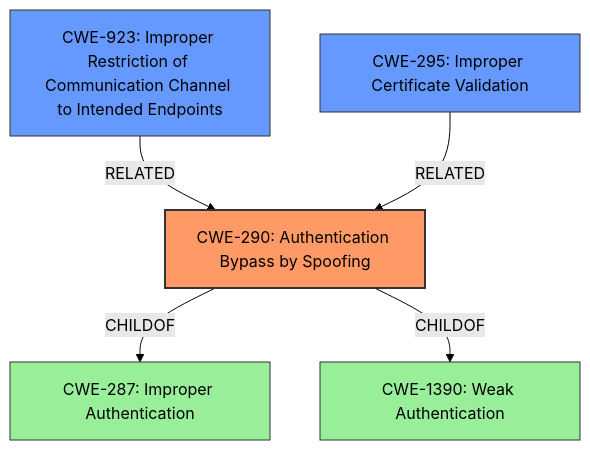
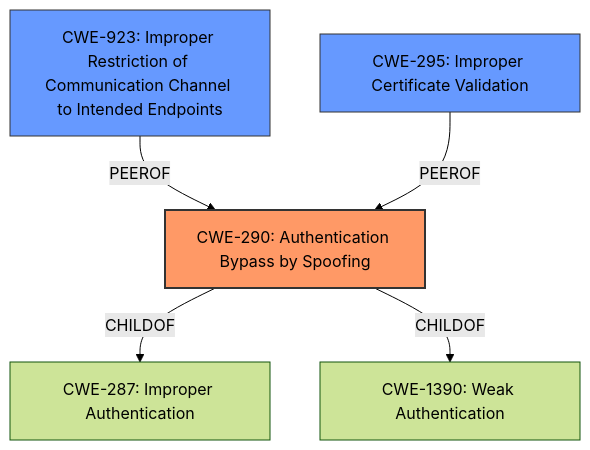
One commit to CyberSecAI/cwe_agent_assign_reports_2023 changed the diagram in CVE-2021-36942/CVE-2021-36942_analysis.md. Above: the diagram before and after it, drawn with Mermaid (forest theme). The commit also changed other lines of this file and 902 other files, not shown here.

````diff
--- a/CVE-2021-36942/CVE-2021-36942_analysis.md
+++ b/CVE-2021-36942/CVE-2021-36942_analysis.md
@@ -18,20 +18,19 @@
 ```mermaid
 graph TD
     cwe290["CWE-290: Authentication Bypass by Spoofing"]
     cwe287["CWE-287: Improper Authentication"]
     cwe1390["CWE-1390: Weak Authentication"]
     cwe923["CWE-923: Improper Restriction of Communication Channel to Intended Endpoints"]
     cwe295["CWE-295: Improper Certificate Validation"]
-
+    
     cwe290 -->|CHILDOF| cwe287
     cwe290 -->|CHILDOF| cwe1390
-    cwe923 -->|RELATED| cwe290
-    cwe295 -->|RELATED| cwe290
+    cwe923 -->|PEEROF| cwe290
+    cwe295 -->|PEEROF| cwe290
     
     classDef primary fill:#f96,stroke:#333,stroke-width:2px
     classDef secondary fill:#69f,stroke:#333
     classDef tertiary fill:#9e9,stroke:#333
     class cwe290 primary
     class cwe923,cwe295 secondary
-    class cwe287,cwe1390 tertiary
 ```
````
